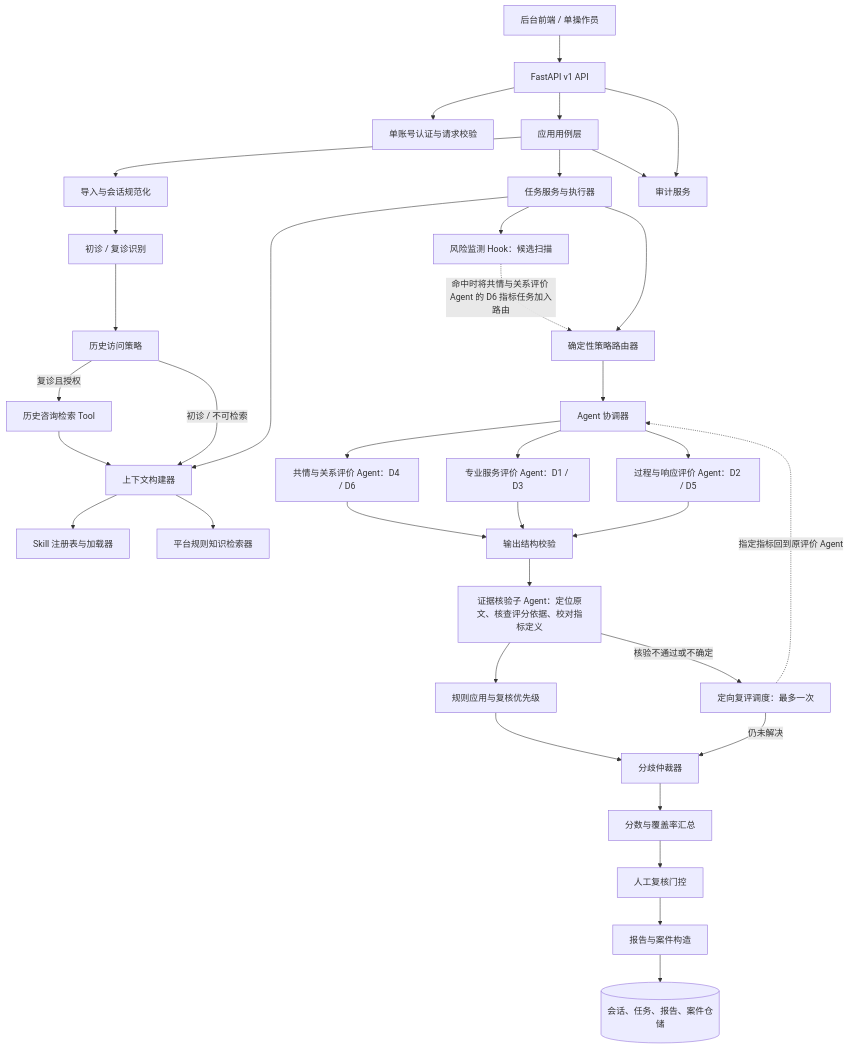
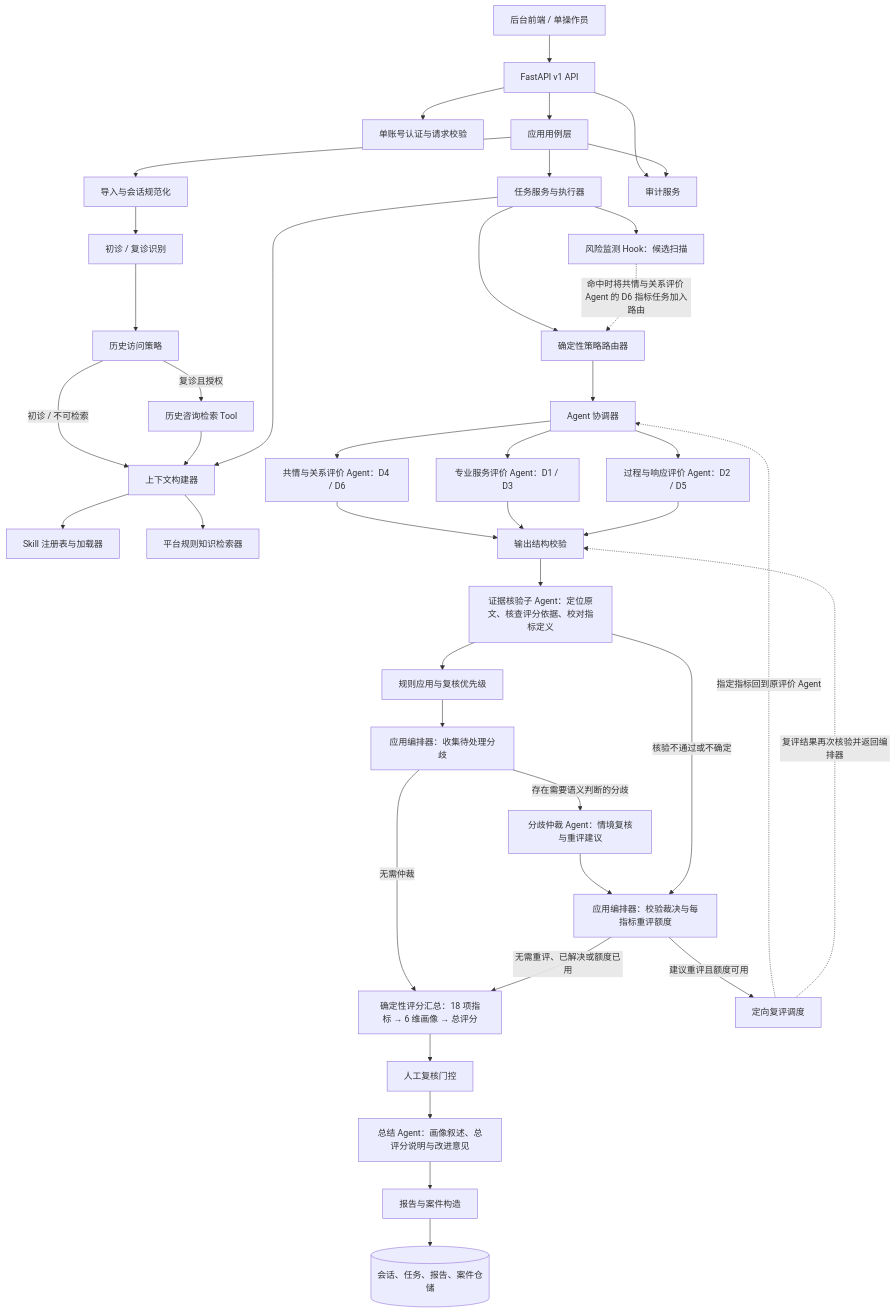
One commit to poxuxuxux/Online-psychological-counseling-platform-doctor-service-quality-monitoring-agent changed the first of 2 diagrams in docs/architecture/AGENT_SYSTEM_DESIGN.md. Above: the diagram before and after it, drawn with Mermaid. The commit also changed other lines of this file and 13 other files, not shown here.

````diff
--- a/docs/architecture/AGENT_SYSTEM_DESIGN.md
+++ b/docs/architecture/AGENT_SYSTEM_DESIGN.md
@@ -48,38 +48,43 @@
 ```mermaid
 flowchart TD
     UI[后台前端 / 单操作员] --> API[FastAPI v1 API]
     API --> AUTH[单账号认证与请求校验]
     API --> UC[应用用例层]
     UC --> IMP[导入与会话规范化]
     UC --> TASK[任务服务与执行器]
     IMP --> ROUND[初诊 / 复诊识别]
     ROUND --> HP[历史访问策略]
     HP -- 复诊且授权 --> HIST[历史咨询检索 Tool]
     HP -- 初诊 / 不可检索 --> CTX[上下文构建器]
     HIST --> CTX
     TASK --> CTX[上下文构建器]
     CTX --> SKILL[Skill 注册表与加载器]
     CTX --> KNOW[平台规则知识检索器]
     TASK --> HOOK[风险监测 Hook：候选扫描]
     TASK --> ROUTER[确定性策略路由器]
     HOOK -. 命中时将共情与关系评价 Agent 的 D6 指标任务加入路由 .-> ROUTER
     ROUTER --> COORD[Agent 协调器]
     COORD --> A1[共情与关系评价 Agent：D4 / D6]
     COORD --> A2[专业服务评价 Agent：D1 / D3]
     COORD --> A3[过程与响应评价 Agent：D2 / D5]
     A1 --> VALID[输出结构校验]
     A2 --> VALID
     A3 --> VALID
     VALID --> EVID[证据核验子 Agent：定位原文、核查评分依据、校对指标定义]
     EVID --> RR[规则应用与复核优先级]
-    RR --> ARB[分歧仲裁器]
-    ARB --> SCORE[分数与覆盖率汇总]
+    RR --> ORCH[应用编排器：收集待处理分歧]
+    ORCH -->|存在需要语义判断的分歧| ARB[分歧仲裁 Agent：情境复核与重评建议]
+    ORCH -->|无需仲裁| SCORE[确定性评分汇总：18 项指标 → 6 维画像 → 总评分]
+    ARB --> RETRY_GUARD[应用编排器：校验裁决与每指标重评额度]
+    RETRY_GUARD -->|建议重评且额度可用| RETRY[定向复评调度]
+    RETRY_GUARD -->|无需重评、已解决或额度已用| SCORE
     SCORE --> GATE[人工复核门控]
-    GATE --> REPORT[报告与案件构造]
+    GATE --> SUMMARY[总结 Agent：画像叙述、总评分说明与改进意见]
+    SUMMARY --> REPORT[报告与案件构造]
     REPORT --> REPO[(会话、任务、报告、案件仓储)]
-    EVID -- 核验不通过或不确定 --> RETRY[定向复评调度：最多一次]
+    EVID -- 核验不通过或不确定 --> RETRY_GUARD
     RETRY -. 指定指标回到原评价 Agent .-> COORD
-    RETRY -- 仍未解决 --> ARB
+    RETRY -. 复评结果再次核验并返回编排器 .-> VALID
     API --> AUDIT[审计服务]
     UC --> AUDIT
 ```
````
